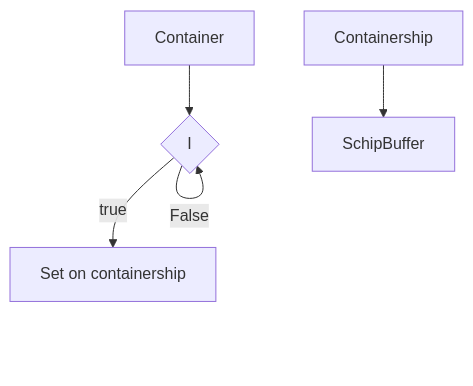
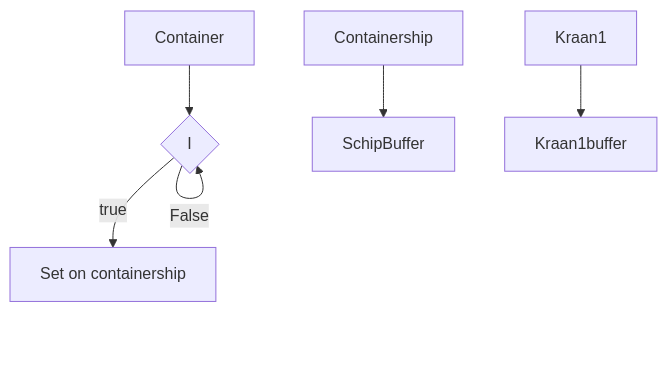
The diagram in ShipQuay/README.md (RockFreakRickerd/SameCodeDifferentLanguagues), drawn with Mermaid before and after one commit.

````diff
--- a/ShipQuay/README.md
+++ b/ShipQuay/README.md
@@ -5,6 +5,7 @@
 ```mermaid
 flowchart TD
-  A[Container] --> I{I <WantedAmountOfContainers} -- False --> I{I <WantedAmountOfContainers};
-  I -- true --> J[Set on containership];
-  B[Containership] --> K[SchipBuffer]
+  A[Container] --> B{I <WantedAmountOfContainers} -- False --> B{I <WantedAmountOfContainers};
+  B -- true --> C[Set on containership];
+  D[Containership] --> E[SchipBuffer];
+  F[Kraan1] --> G[Kraan1buffer];
 ```
````
